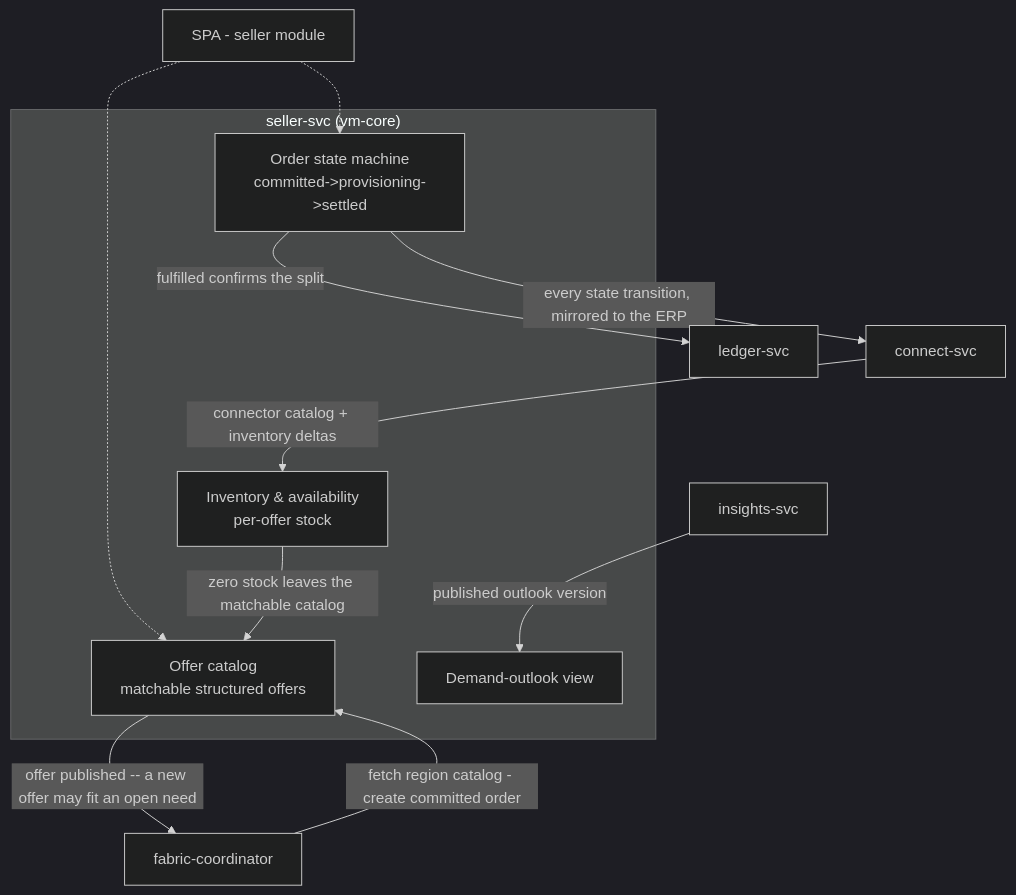
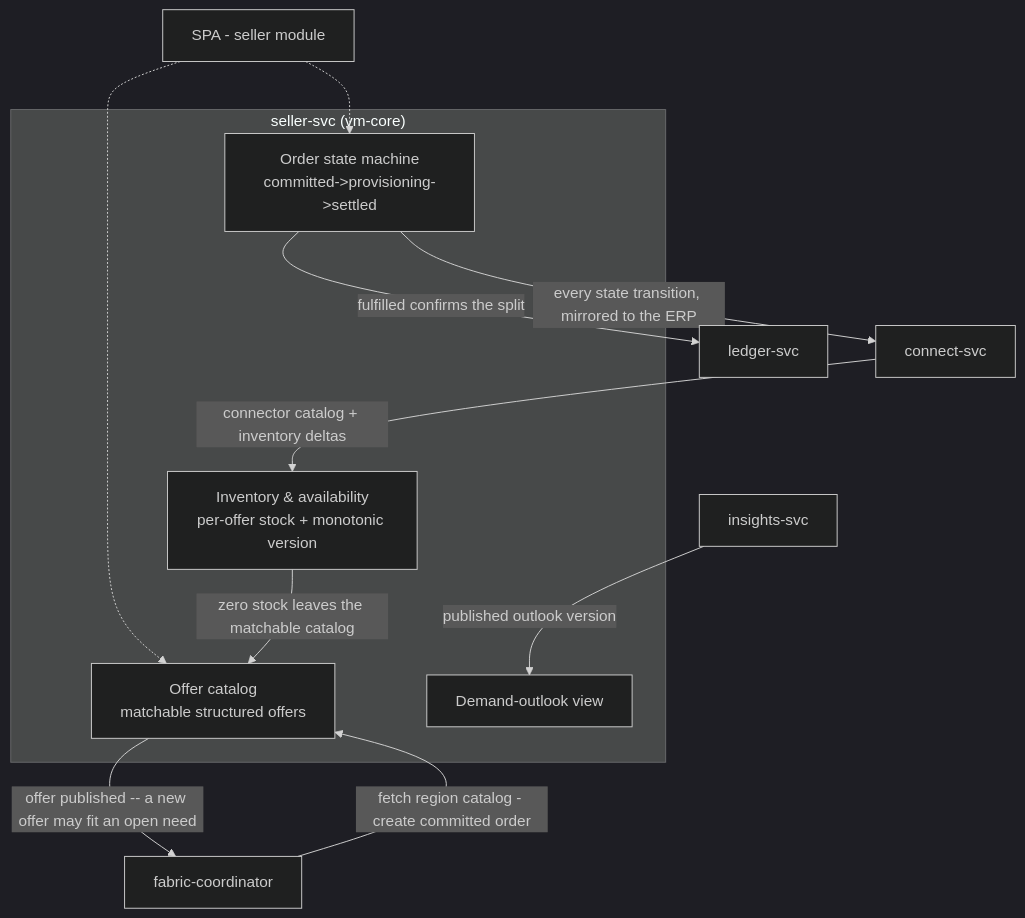
The diagram in plan/design/03-seller.md (alius-git/amisad.dev), drawn with Mermaid (dark theme) before and after one commit. The commit also changed other lines of this file and 53 other files, not shown here.

````diff
--- a/plan/design/03-seller.md
+++ b/plan/design/03-seller.md
@@ -7,24 +7,24 @@
 ```mermaid
 flowchart TD
     subgraph svc["seller-svc (vm-core)"]
         catalog["Offer catalog<br/>matchable structured offers"]
-        inventory["Inventory & availability<br/>per-offer stock"]
+        inventory["Inventory & availability<br/>per-offer stock + monotonic version"]
         orders["Order state machine<br/>committed->provisioning->settled"]
         outlook["Demand-outlook view"]
     end
     spa["SPA - seller module"]
     coordinator["fabric-coordinator"]
     connect["connect-svc"]
     ledger["ledger-svc"]
     insights["insights-svc"]
 
     spa -.-> catalog
     spa -.-> orders
     coordinator -->|"fetch region catalog - create committed order"| catalog
     catalog -->|"offer published -- a new offer may fit an open need"| coordinator
     inventory -->|"zero stock leaves the matchable catalog"| catalog
     connect -->|"connector catalog + inventory deltas"| inventory
     orders -->|"every state transition, mirrored to the ERP"| connect
     orders -->|"fulfilled confirms the split"| ledger
     insights -->|"published outlook version"| outlook
 ```
````
